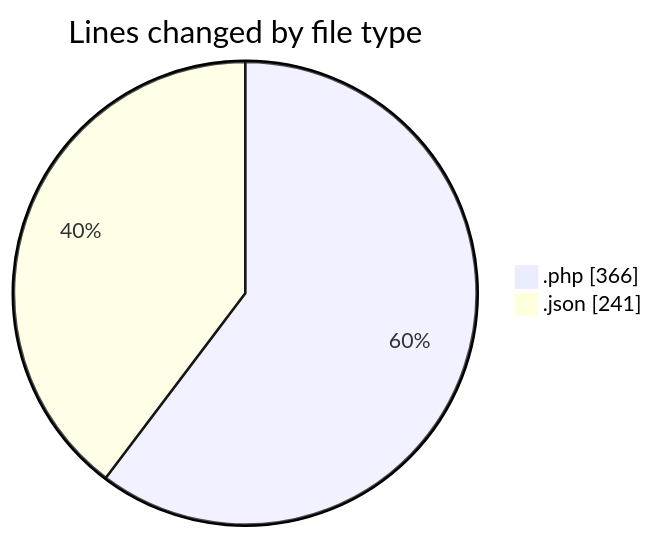
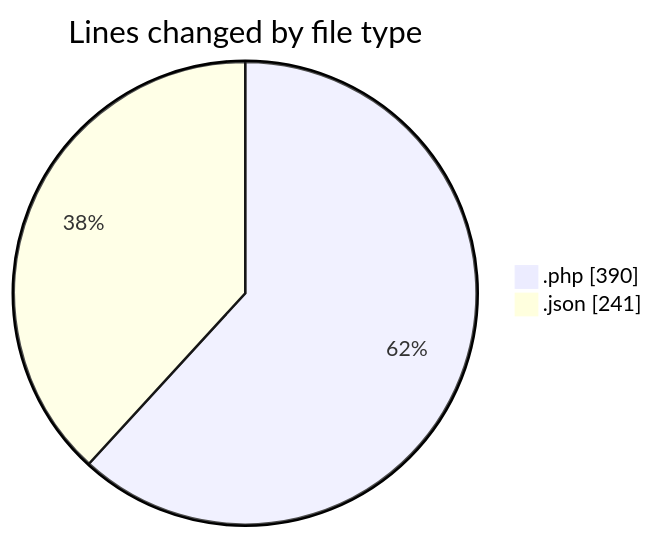
The first of 2 diagrams in 2025-03-29/autodidak/README.md (idhammustaqopulfikri/code-tracking), drawn with Mermaid before and after one commit. The commit also changed other lines of this file and 1 other file, not shown here.

````diff
--- a/2025-03-29/autodidak/README.md
+++ b/2025-03-29/autodidak/README.md
@@ -28,6 +28,6 @@
 ```mermaid
 pie showData
 title Lines changed by file type
-".php" : 366
+".php" : 390
 ".json" : 241
 ```
````
